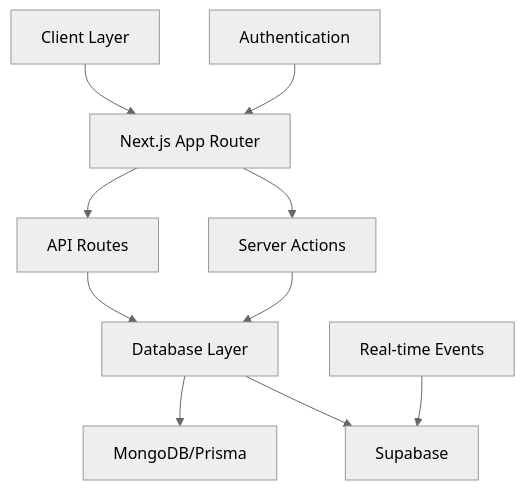
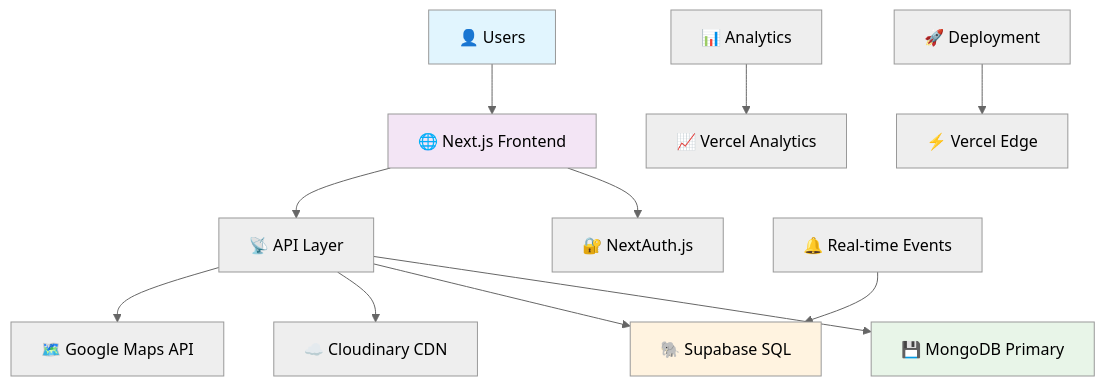
The diagram in README.md (khusshhhhh/redrive), drawn with Mermaid (neutral theme) before and after one commit. The commit also changed other lines of this file and 1 other file, not shown here.

````diff
--- a/README.md
+++ b/README.md
@@ -29,12 +43,20 @@
 ```mermaid
-graph TD
-    A[Client Layer] --> B[Next.js App Router]
-    B --> C[API Routes]
-    C --> D[Database Layer]
-    D --> E[MongoDB/Prisma]
-    D --> F[Supabase]
-    B --> G[Server Actions]
-    G --> D
-    H[Authentication] --> B
-    I[Real-time Events] --> F
+graph TB
+    A[👤 Users] --> B[🌐 Next.js Frontend]
+    B --> C[🔐 NextAuth.js]
+    B --> D[📡 API Layer]
+
+    D --> E[💾 MongoDB Primary]
+    D --> F[🐘 Supabase SQL]
+    D --> G[☁️ Cloudinary CDN]
+    D --> H[🗺️ Google Maps API]
+
+    I[🔔 Real-time Events] --> F
+    J[📊 Analytics] --> K[📈 Vercel Analytics]
+    L[🚀 Deployment] --> M[⚡ Vercel Edge]
+
+    style A fill:#e1f5fe
+    style B fill:#f3e5f5
+    style E fill:#e8f5e8
+    style F fill:#fff3e0
 ```
````
